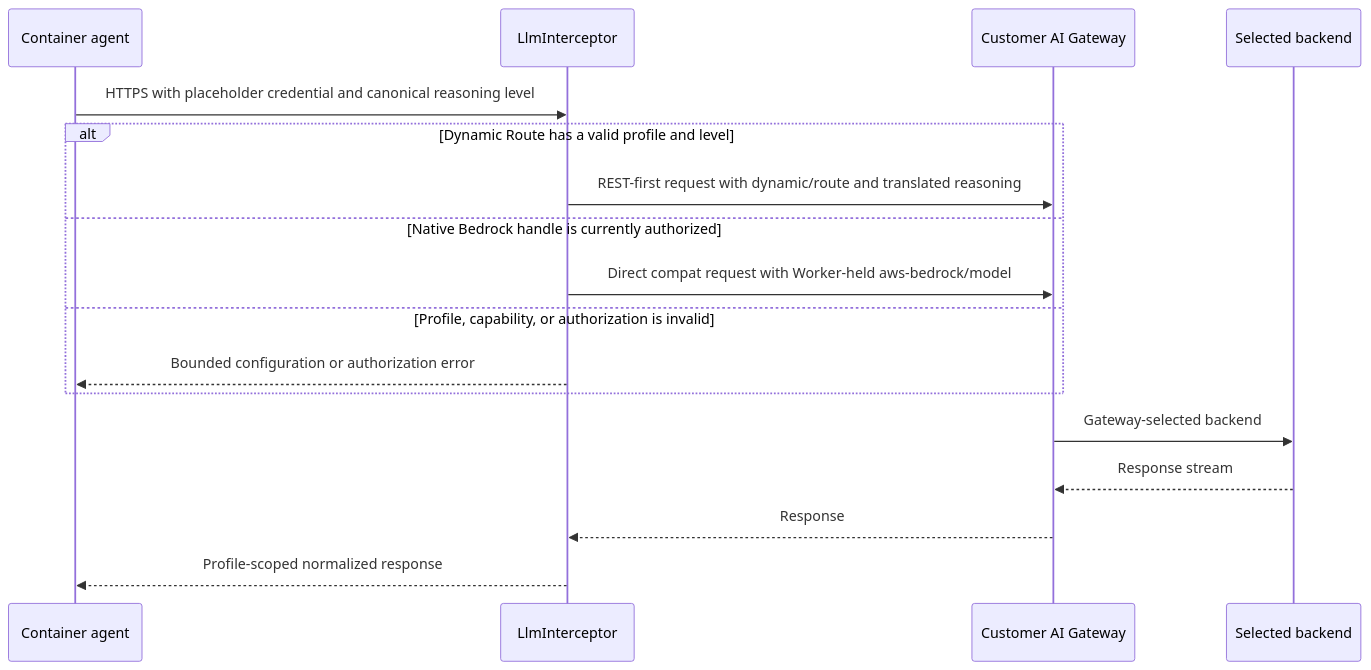
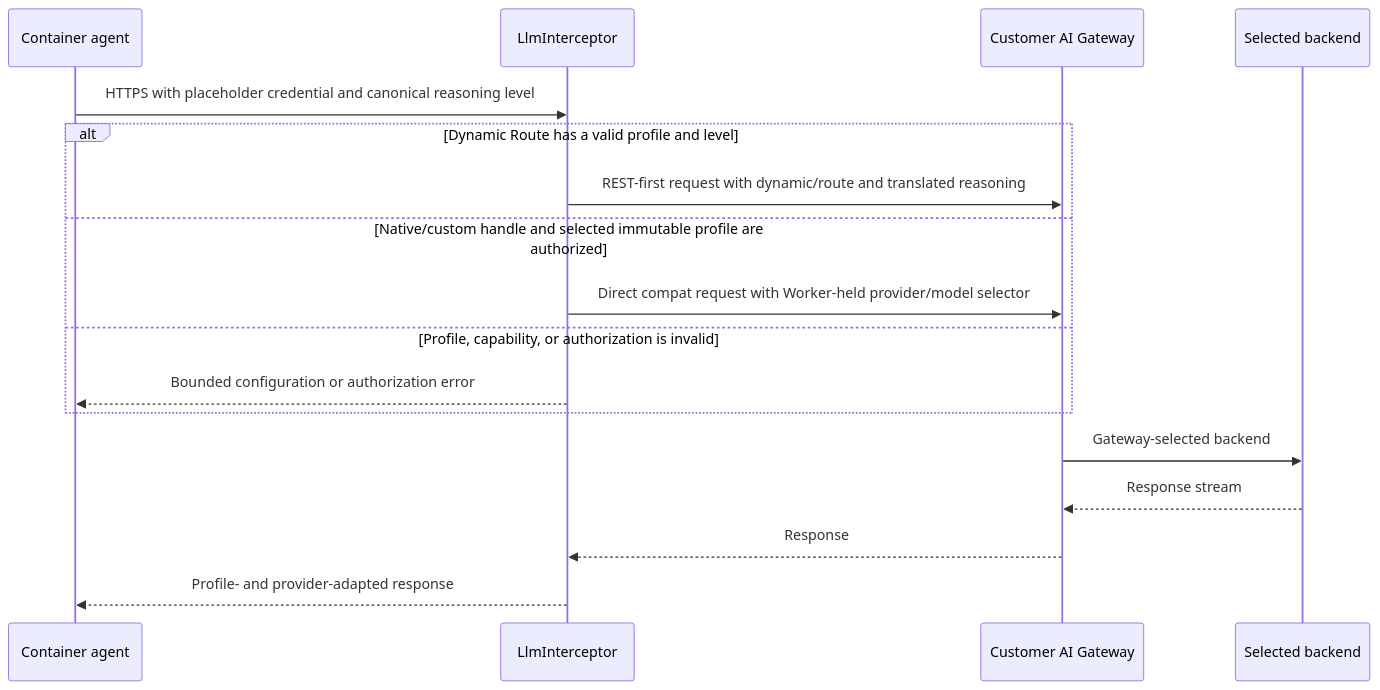
One commit to nikolanovoselec/codeflare changed the eighth of 10 diagrams in documentation/lanes/architecture.md. Above: the diagram before and after it, drawn with Mermaid. The commit also changed other lines of this file and 11 other files, not shown here.

Commit message:
fix: address native provider review findings

````diff
--- a/documentation/lanes/architecture.md
+++ b/documentation/lanes/architecture.md
@@ -583,19 +583,19 @@
 ```mermaid
 sequenceDiagram
     participant C as Container agent
     participant I as LlmInterceptor
     participant G as Customer AI Gateway
     participant P as Selected backend
     C->>I: HTTPS with placeholder credential and canonical reasoning level
     alt Dynamic Route has a valid profile and level
         I->>G: REST-first request with dynamic/route and translated reasoning
-    else Native Bedrock handle is currently authorized
-        I->>G: Direct compat request with Worker-held aws-bedrock/model
+    else Native/custom handle and selected immutable profile are authorized
+        I->>G: Direct compat request with Worker-held provider/model selector
     else Profile, capability, or authorization is invalid
         I-->>C: Bounded configuration or authorization error
     end
     G->>P: Gateway-selected backend
     P-->>G: Response stream
     G-->>I: Response
-    I-->>C: Profile-scoped normalized response
+    I-->>C: Profile- and provider-adapted response
 ```
````
